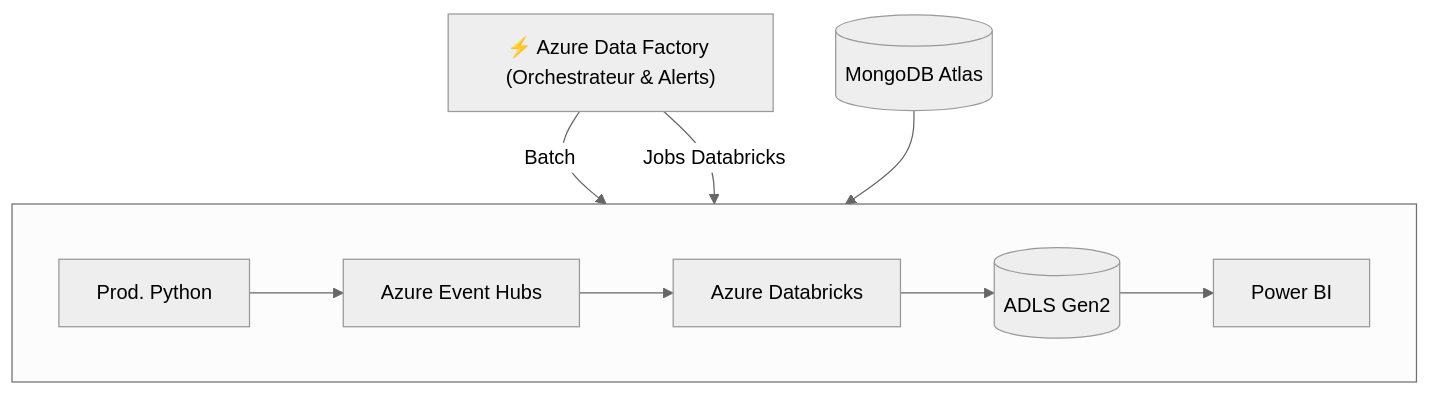
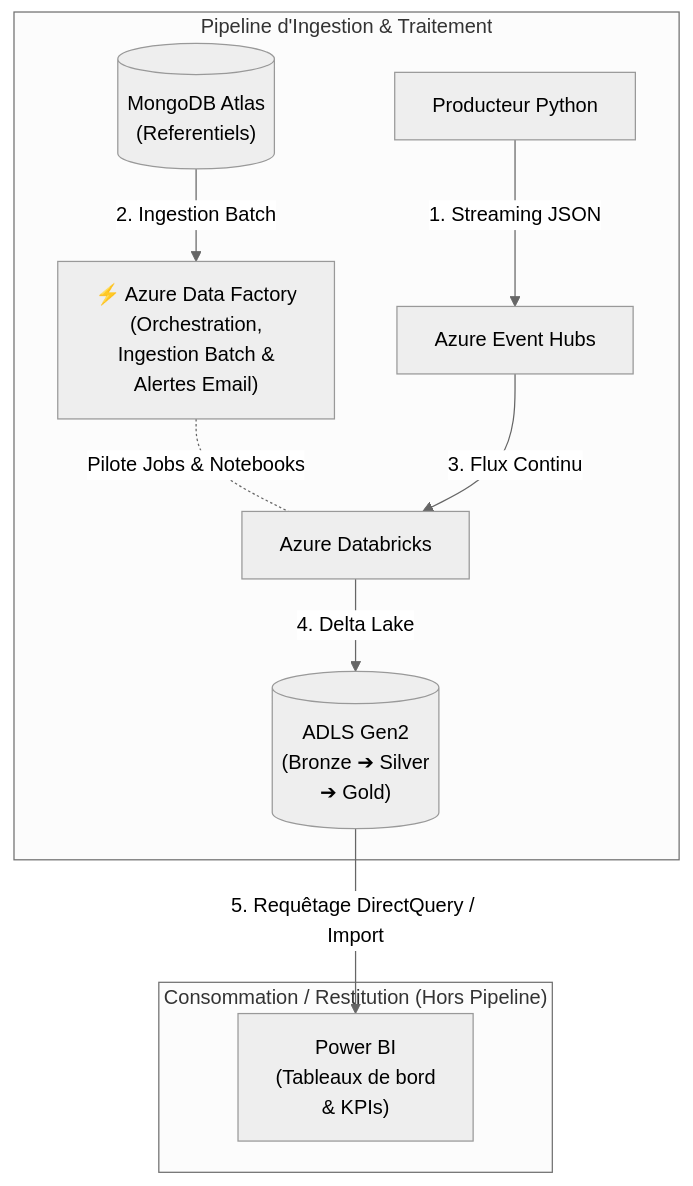
Before and after one commit to Hassan21-h/Pipeline_Cloud_Streamvault: the diagram in README.md, drawn with Mermaid (neutral theme).

Commit message:
docs: mise à jour du README

````diff
--- a/README.md
+++ b/README.md
@@ -35,26 +35,33 @@
 ```mermaid
 flowchart TD
-    %% Définition de l'Orchestrateur au-dessus
-    ADF["⚡ Azure Data Factory (Orchestrateur & Alerts)"]
+    %% Conteneur principal
+    subgraph Pipeline["Pipeline d'Ingestion & Traitement"]
+        
+        %% Composants
+        Mongo[("MongoDB Atlas<br/>(Referentiels)")]
+        Prod["Producteur Python"]
+        
+        ADF["⚡ Azure Data Factory<br/>(Orchestration,<br/>Ingestion Batch &<br/>Alertes Email)"]
+        EH["Azure Event Hubs"]
+        
+        ADB["Azure Databricks"]
+        ADLS[("ADLS Gen2<br/>(Bronze ➔ Silver<br/>➔ Gold)")]
 
-    %% Définition des composants principaux
-    Prod["Prod. Python"]
-    EH["Azure Event Hubs"]
-    ADB["Azure Databricks"]
-    ADLS[("ADLS Gen2")]
-    PBI["Power BI"]
-    Mongo[("MongoDB Atlas")]
-
-    %% Alignement horizontal du flux principal
-    subgraph Pipeline [" "]
-        direction LR
-        Prod --> EH --> ADB --> ADLS --> PBI
+        %% Relations internes
+        Mongo -->|2. Ingestion Batch| ADF
+        Prod -->|1. Streaming JSON| EH
+        
+        ADF -.-|Pilote Jobs & Notebooks| ADB
+        EH -->|3. Flux Continu| ADB
+        
+        ADB -->|4. Delta Lake| ADLS
     end
 
-    %% Relations d'orchestration depuis ADF
-    ADF -->|Batch| Prod
-    ADF -->|Jobs Databricks| ADB
+    %% Conteneur externe de restitution
+    subgraph Restitution["Consommation / Restitution (Hors Pipeline)"]
+        PBI["Power BI<br/>(Tableaux de bord<br/>& KPIs)"]
+    end
 
-    %% Relation de données depuis MongoDB
-    Mongo --> ADB
+    %% Lien entre le pipeline et Power BI
+    ADLS -->|5. Requêtage DirectQuery / Import| PBI
 ```
````
